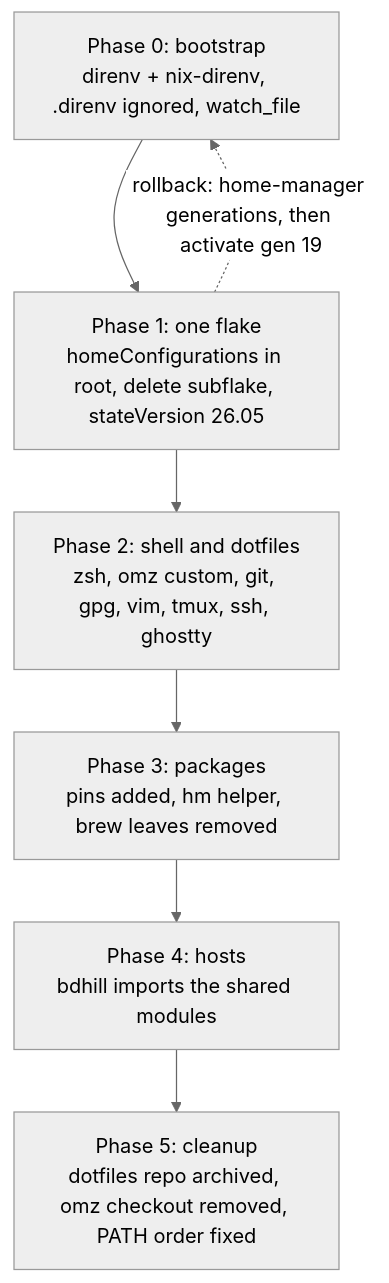
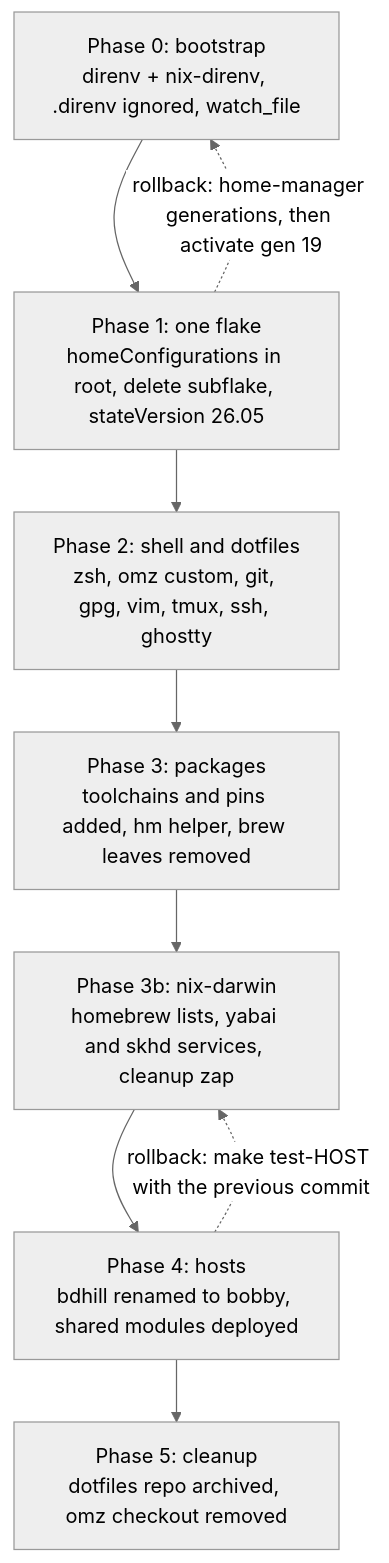
One commit to catgrep/nixos-config changed the fifth of 5 diagrams in .planning/home-manager-migration-plan.md. Above: the diagram before and after it, drawn with Mermaid (neutral theme). The commit also changed other lines of this file, not shown here.

````diff
--- a/.planning/home-manager-migration-plan.md
+++ b/.planning/home-manager-migration-plan.md
@@ -265,11 +525,13 @@
 ```mermaid
 flowchart TD
   P0["Phase 0: bootstrap<br/>direnv + nix-direnv, .direnv ignored, watch_file"]
   P1["Phase 1: one flake<br/>homeConfigurations in root, delete subflake, stateVersion 26.05"]
   P2["Phase 2: shell and dotfiles<br/>zsh, omz custom, git, gpg, vim, tmux, ssh, ghostty"]
-  P3["Phase 3: packages<br/>pins added, hm helper, brew leaves removed"]
-  P4["Phase 4: hosts<br/>bdhill imports the shared modules"]
-  P5["Phase 5: cleanup<br/>dotfiles repo archived, omz checkout removed, PATH order fixed"]
-  P0 --> P1 --> P2 --> P3 --> P4 --> P5
+  P3["Phase 3: packages<br/>toolchains and pins added, hm helper, brew leaves removed"]
+  P3b["Phase 3b: nix-darwin<br/>homebrew lists, yabai and skhd services, cleanup zap"]
+  P4["Phase 4: hosts<br/>bdhill renamed to bobby, shared modules deployed"]
+  P5["Phase 5: cleanup<br/>dotfiles repo archived, omz checkout removed"]
+  P0 --> P1 --> P2 --> P3 --> P3b --> P4 --> P5
   P1 -.->|"rollback: home-manager generations, then activate gen 19"| P0
+  P4 -.->|"rollback: make test-HOST with the previous commit"| P3b
 ```
````
